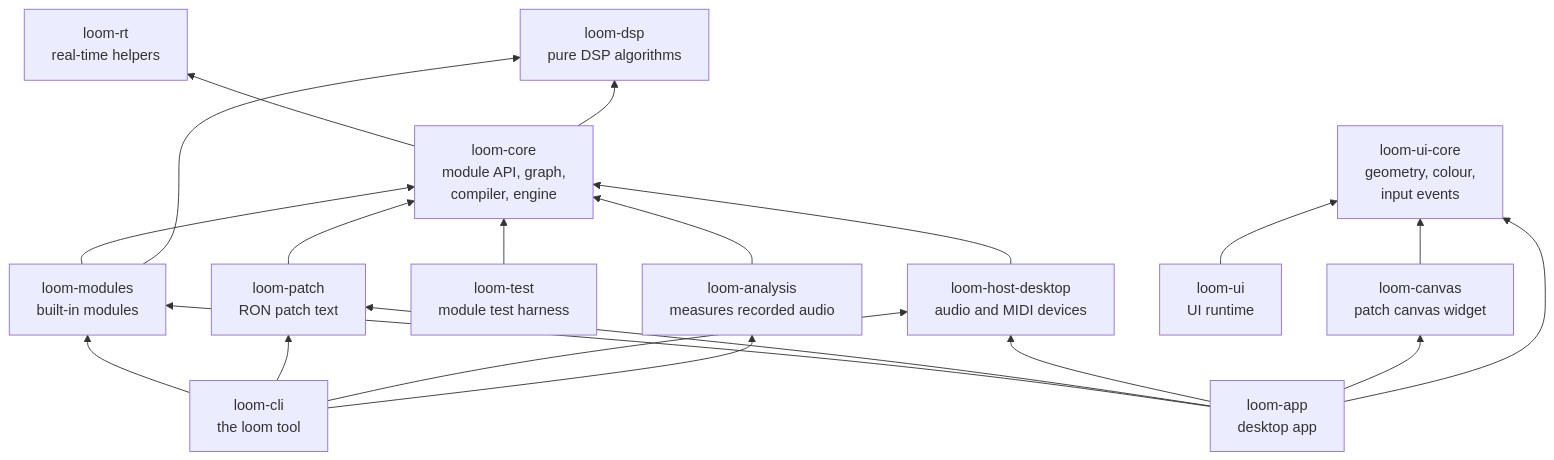
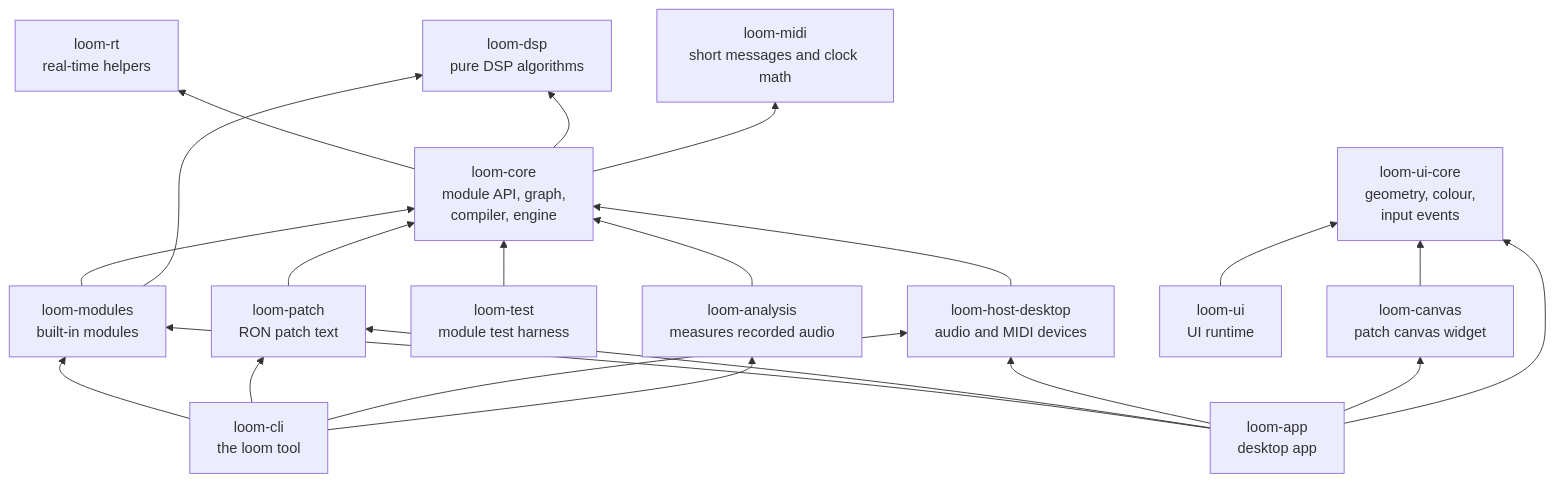
Before and after one commit to brylie/LoomDSP: the first of 2 diagrams in docs/dev/architecture.md, drawn with Mermaid. The commit also changed other lines of this file and 44 other files, not shown here.

Commit message:
Implement MIDI clock input and output

````diff
--- a/docs/dev/architecture.md
+++ b/docs/dev/architecture.md
@@ -7,27 +7,28 @@
 ```mermaid
 flowchart BT
     rt[loom-rt<br/>real-time helpers]
     dsp[loom-dsp<br/>pure DSP algorithms]
+    midi[loom-midi<br/>short messages and clock math]
     core[loom-core<br/>module API, graph,<br/>compiler, engine]
     modules[loom-modules<br/>built-in modules]
     patch[loom-patch<br/>RON patch text]
     test[loom-test<br/>module test harness]
     analysis[loom-analysis<br/>measures recorded audio]
     host[loom-host-desktop<br/>audio and MIDI devices]
     uicore[loom-ui-core<br/>geometry, colour,<br/>input events]
     ui[loom-ui<br/>UI runtime]
     canvas[loom-canvas<br/>patch canvas widget]
     cli[loom-cli<br/>the loom tool]
     app[loom-app<br/>desktop app]
 
-    core --> rt & dsp
+    core --> rt & dsp & midi
     modules --> core & dsp
     patch --> core
     test --> core
     analysis --> core
     host --> core
     cli --> modules & patch & host & analysis
     canvas --> uicore
     ui --> uicore
     app --> modules & patch & host & canvas & uicore
 ```
````
